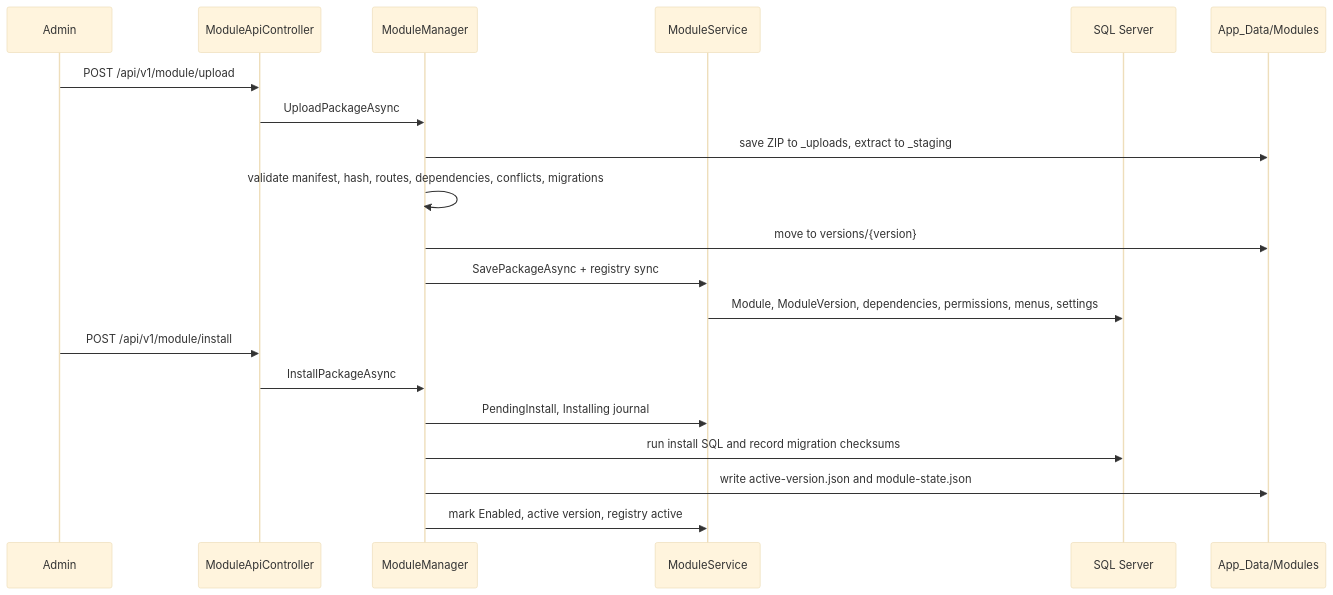
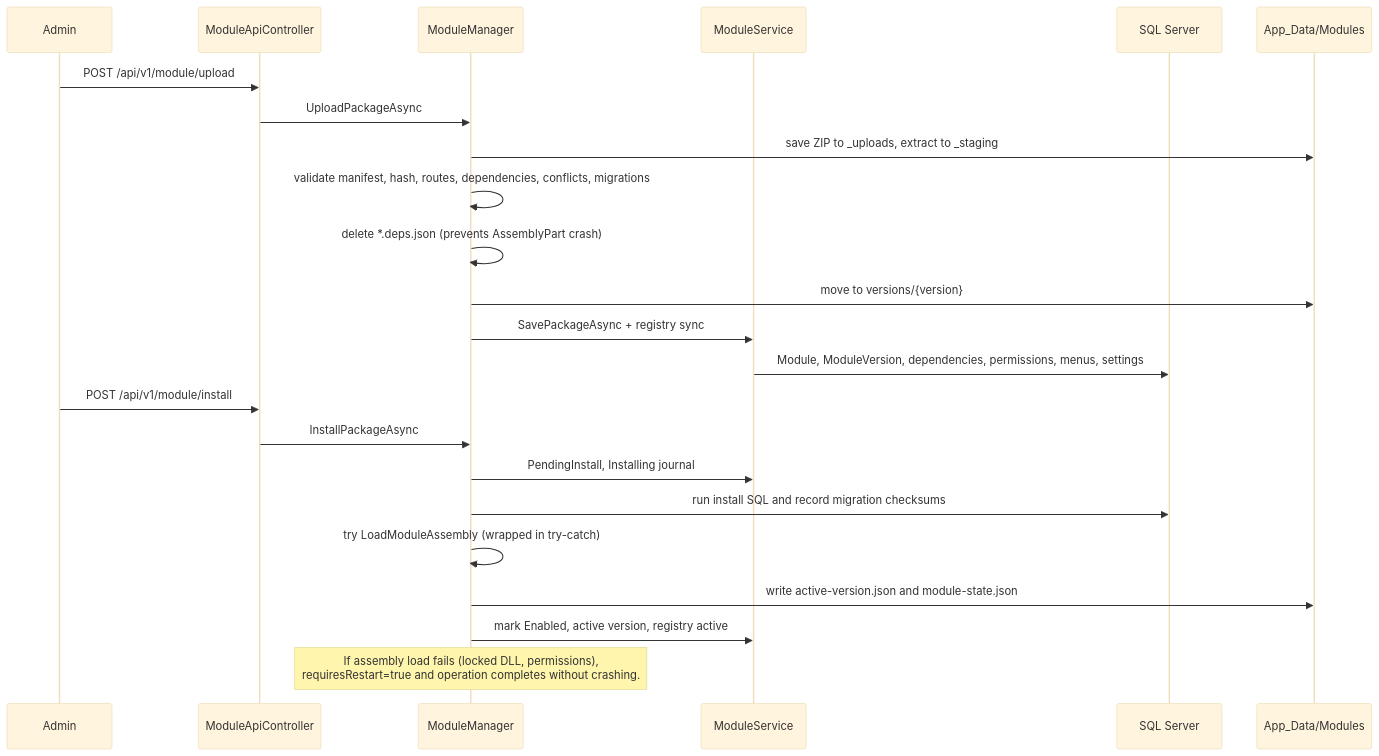
One commit to YangOne-Framework/YO-Framework changed the third of 5 diagrams in MODULE_MANAGEMENT_BLUEPRINT.md. Above: the diagram before and after it, drawn with Mermaid (base theme). The commit also changed other lines of this file and 20 other files, not shown here.

````diff
--- a/MODULE_MANAGEMENT_BLUEPRINT.md
+++ b/MODULE_MANAGEMENT_BLUEPRINT.md
@@ -124,23 +132,27 @@
 ```mermaid
 sequenceDiagram
     participant A as Admin
     participant API as ModuleApiController
     participant M as ModuleManager
     participant S as ModuleService
     participant DB as SQL Server
     participant FS as App_Data/Modules
 
     A->>API: POST /api/v1/module/upload
     API->>M: UploadPackageAsync
     M->>FS: save ZIP to _uploads, extract to _staging
     M->>M: validate manifest, hash, routes, dependencies, conflicts, migrations
+    M->>M: delete *.deps.json (prevents AssemblyPart crash)
     M->>FS: move to versions/{version}
     M->>S: SavePackageAsync + registry sync
     S->>DB: Module, ModuleVersion, dependencies, permissions, menus, settings
     A->>API: POST /api/v1/module/install
     API->>M: InstallPackageAsync
     M->>S: PendingInstall, Installing journal
     M->>DB: run install SQL and record migration checksums
+    M->>M: try LoadModuleAssembly (wrapped in try-catch)
     M->>FS: write active-version.json and module-state.json
     M->>S: mark Enabled, active version, registry active
+    
+    Note over M: If assembly load fails (locked DLL, permissions),<br/>requiresRestart=true and operation completes without crashing.
 ```
````
